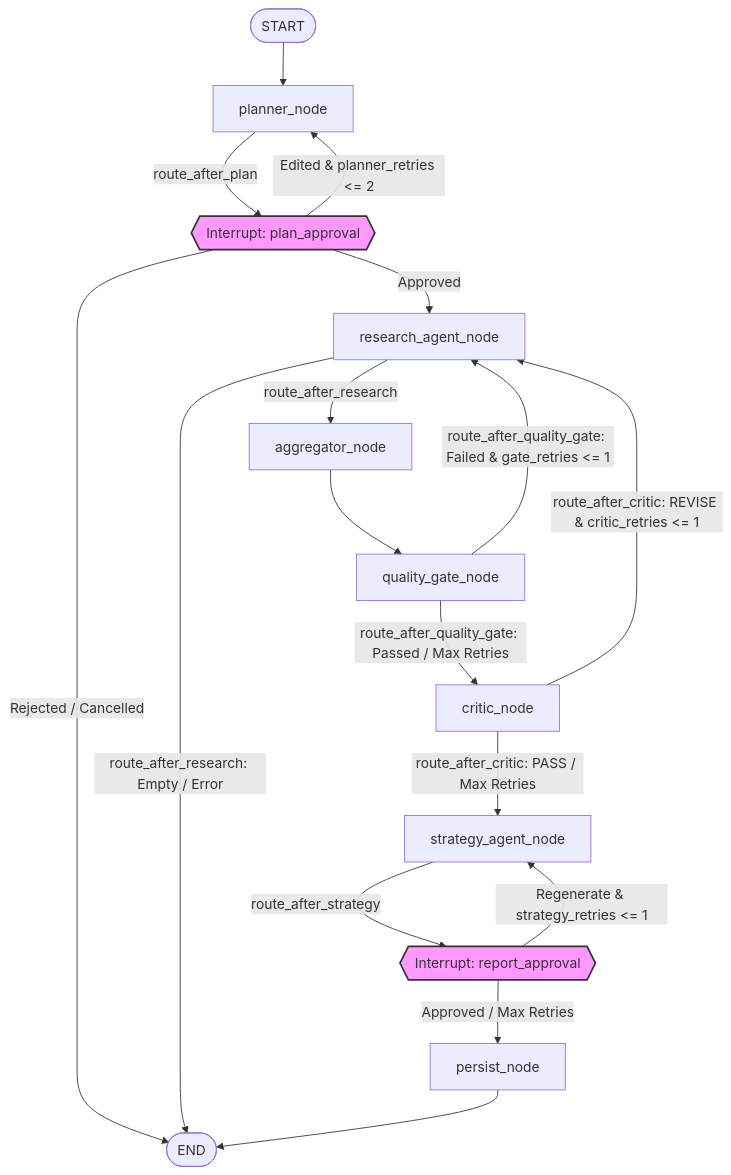
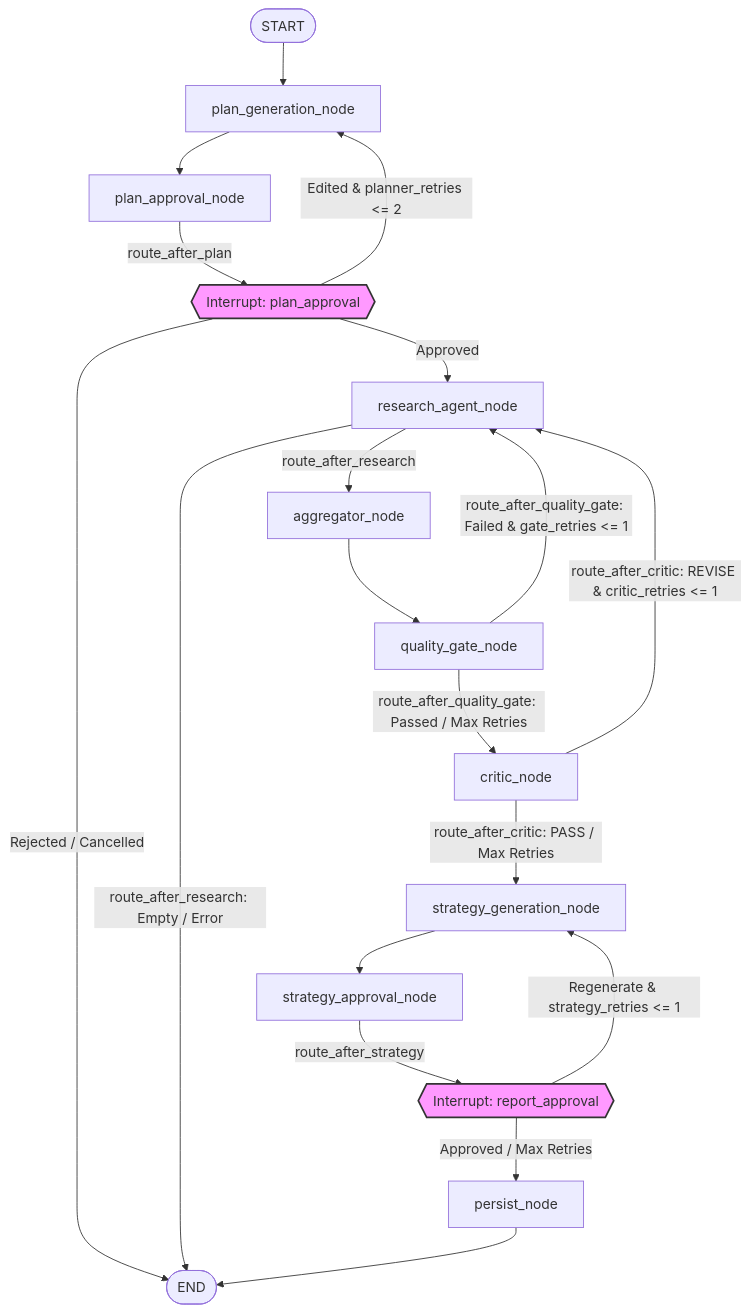
The diagram in docs/ARCHITECTURE.md (Shafia-01/Stratix), drawn with Mermaid before and after one commit. The commit also changed other lines of this file and 5 other files, not shown here.

Commit message:
fix(graph): split planner/strategy nodes to prevent LLM regeneration on HITL resume

````diff
--- a/docs/ARCHITECTURE.md
+++ b/docs/ARCHITECTURE.md
@@ -11,29 +11,31 @@
 ```mermaid
 graph TD
-    START([START]) --> planner_node[planner_node]
+    START([START]) --> plan_generation_node[plan_generation_node]
+    plan_generation_node --> plan_approval_node[plan_approval_node]
     
-    planner_node -->|route_after_plan| HITL1{{"Interrupt: plan_approval"}}
+    plan_approval_node -->|route_after_plan| HITL1{{"Interrupt: plan_approval"}}
     HITL1 -->|Approved| research_agent_node[research_agent_node]
-    HITL1 -->|Edited & planner_retries <= 2| planner_node
+    HITL1 -->|Edited & planner_retries <= 2| plan_generation_node
     HITL1 -->|Rejected / Cancelled| END([END])
     
     research_agent_node -->|route_after_research| aggregator_node[aggregator_node]
     research_agent_node -->|route_after_research: Empty / Error| END
     
     aggregator_node --> quality_gate_node[quality_gate_node]
     
     quality_gate_node -->|route_after_quality_gate: Failed & gate_retries <= 1| research_agent_node
     quality_gate_node -->|route_after_quality_gate: Passed / Max Retries| critic_node[critic_node]
     
     critic_node -->|route_after_critic: REVISE & critic_retries <= 1| research_agent_node
-    critic_node -->|route_after_critic: PASS / Max Retries| strategy_agent_node[strategy_agent_node]
+    critic_node -->|route_after_critic: PASS / Max Retries| strategy_generation_node[strategy_generation_node]
     
-    strategy_agent_node -->|route_after_strategy| HITL2{{"Interrupt: report_approval"}}
-    HITL2 -->|Regenerate & strategy_retries <= 1| strategy_agent_node
+    strategy_generation_node --> strategy_approval_node[strategy_approval_node]
+    strategy_approval_node -->|route_after_strategy| HITL2{{"Interrupt: report_approval"}}
+    HITL2 -->|Regenerate & strategy_retries <= 1| strategy_generation_node
     HITL2 -->|Approved / Max Retries| persist_node[persist_node]
     
     persist_node --> END([END])
 
     style HITL1 fill:#f9f,stroke:#333,stroke-width:2px
     style HITL2 fill:#f9f,stroke:#333,stroke-width:2px
 ```
````
